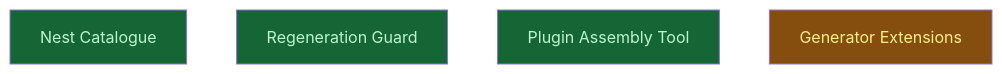
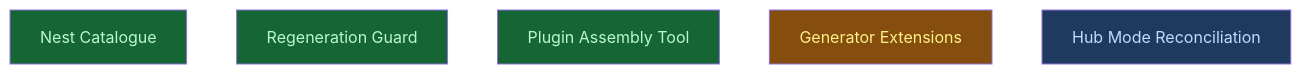
One commit to CrackingShells/cracking-shells-playbook changed the diagram in __roadmap__/agent_plugin_nest/README.md. Above: the diagram before and after it, drawn with Mermaid. The commit also changed other lines of this file and 3 other files, not shown here.

````diff
--- a/__roadmap__/agent_plugin_nest/README.md
+++ b/__roadmap__/agent_plugin_nest/README.md
@@ -37,12 +37,13 @@
 ```mermaid
 graph TD
     nest_catalogue[Nest Catalogue]:::done
     regeneration_guard[Regeneration Guard]:::done
     plugin_assembly_tool[Plugin Assembly Tool]:::done
     generator[Generator Extensions]:::inprogress
+    hub_mode_reconciliation[Hub Mode Reconciliation]:::amendment
     classDef done       fill:#166534,color:#bbf7d0
     classDef inprogress fill:#854d0e,color:#fef08a
     classDef planned    fill:#374151,color:#e5e7eb
     classDef amendment  fill:#1e3a5f,color:#bfdbfe
     classDef blocked    fill:#7f1d1d,color:#fecaca
 ```
````
